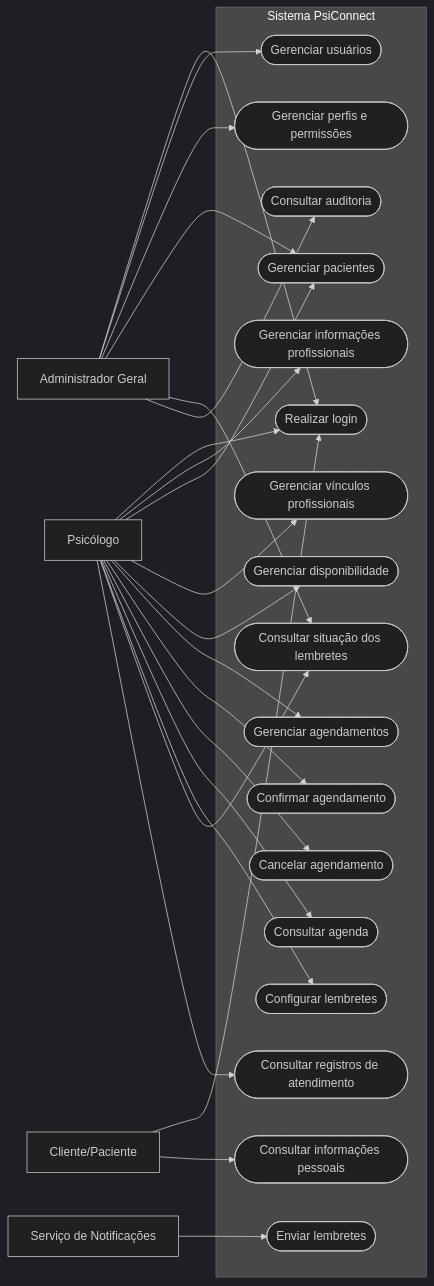
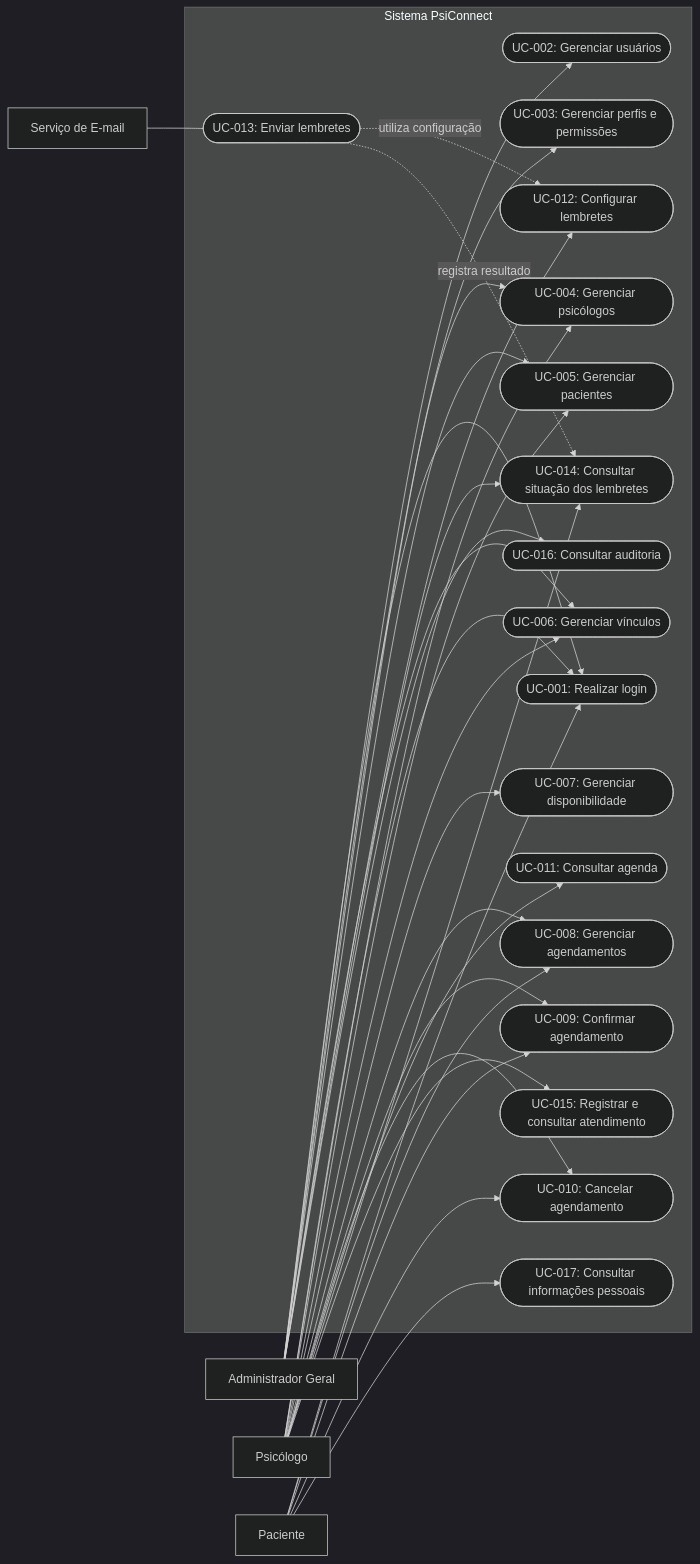
Before and after one commit to Icaro230307/AV3-PsiConnect: the second of 14 diagrams in README.md, drawn with Mermaid (dark theme). The commit also changed other lines of this file, not shown here.

````diff
--- a/README.md
+++ b/README.md
@@ -35,52 +137,60 @@
 ```mermaid
 flowchart LR
     Admin["Administrador Geral"]
     Psi["Psicólogo"]
-    Pac["Cliente/Paciente"]
-    Notif["Serviço de Notificações"]
+    Pac["Paciente"]
+    Email["Serviço de E-mail"]
 
     subgraph Sistema["Sistema PsiConnect"]
-        UC1(["Realizar login"])
-        UC2(["Gerenciar usuários"])
-        UC3(["Gerenciar perfis e permissões"])
-        UC4(["Gerenciar informações profissionais"])
-        UC5(["Gerenciar pacientes"])
-        UC6(["Gerenciar vínculos profissionais"])
-        UC7(["Gerenciar disponibilidade"])
-        UC8(["Gerenciar agendamentos"])
-        UC9(["Confirmar agendamento"])
-        UC10(["Cancelar agendamento"])
-        UC11(["Consultar agenda"])
-        UC12(["Configurar lembretes"])
-        UC13(["Enviar lembretes"])
-        UC14(["Consultar situação dos lembretes"])
-        UC15(["Consultar registros de atendimento"])
-        UC16(["Consultar auditoria"])
-        UC17(["Consultar informações pessoais"])
+        UC1(["UC-001: Realizar login"])
+        UC2(["UC-002: Gerenciar usuários"])
+        UC3(["UC-003: Gerenciar perfis e permissões"])
+        UC4(["UC-004: Gerenciar psicólogos"])
+        UC5(["UC-005: Gerenciar pacientes"])
+        UC6(["UC-006: Gerenciar vínculos"])
+        UC7(["UC-007: Gerenciar disponibilidade"])
+        UC8(["UC-008: Gerenciar agendamentos"])
+        UC9(["UC-009: Confirmar agendamento"])
+        UC10(["UC-010: Cancelar agendamento"])
+        UC11(["UC-011: Consultar agenda"])
+        UC12(["UC-012: Configurar lembretes"])
+        UC13(["UC-013: Enviar lembretes"])
+        UC14(["UC-014: Consultar situação dos lembretes"])
+        UC15(["UC-015: Registrar e consultar atendimento"])
+        UC16(["UC-016: Consultar auditoria"])
+        UC17(["UC-017: Consultar informações pessoais"])
     end
 
     Admin --> UC1
     Admin --> UC2
     Admin --> UC3
+    Admin --> UC4
     Admin --> UC5
+    Admin --> UC6
+    Admin --> UC12
     Admin --> UC14
     Admin --> UC16
 
     Psi --> UC1
     Psi --> UC4
     Psi --> UC5
     Psi --> UC6
     Psi --> UC7
     Psi --> UC8
     Psi --> UC9
     Psi --> UC10
     Psi --> UC11
-    Psi --> UC12
     Psi --> UC14
     Psi --> UC15
 
     Pac --> UC1
+    Pac --> UC8
+    Pac --> UC9
+    Pac --> UC10
     Pac --> UC17
 
-    Notif --> UC13
+    Email --- UC13
+
+    UC13 -.->|"utiliza configuração"| UC12
+    UC13 -.->|"registra resultado"| UC14
 ```
````
